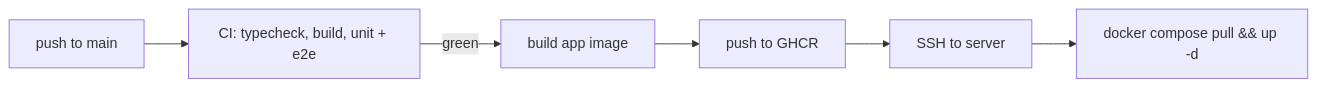
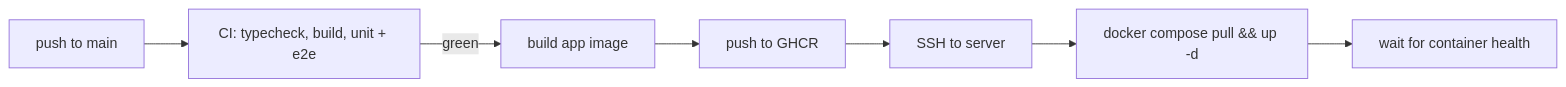
The diagram in docs/deployment.md (Thecow-007/BackBurner), drawn with Mermaid before and after one commit. The commit also changed other lines of this file and 9 other files, not shown here.

````diff
--- a/docs/deployment.md
+++ b/docs/deployment.md
@@ -24,8 +28,9 @@
 ```mermaid
 flowchart LR
   push["push to main"] --> ci["CI: typecheck, build, unit + e2e"]
   ci -->|green| build["build app image"]
   build --> ghcr["push to GHCR"]
   ghcr --> ssh["SSH to server"]
   ssh --> up["docker compose pull && up -d"]
+  up --> verify["wait for container health"]
 ```
````
